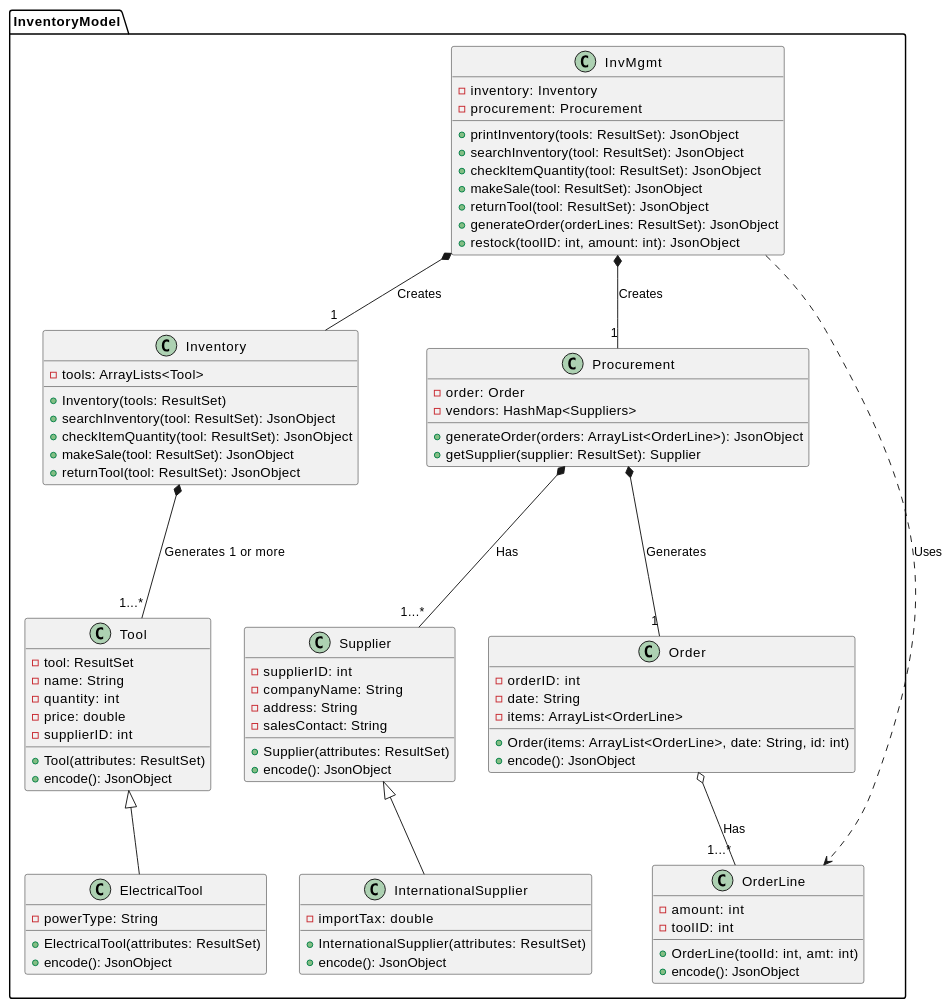
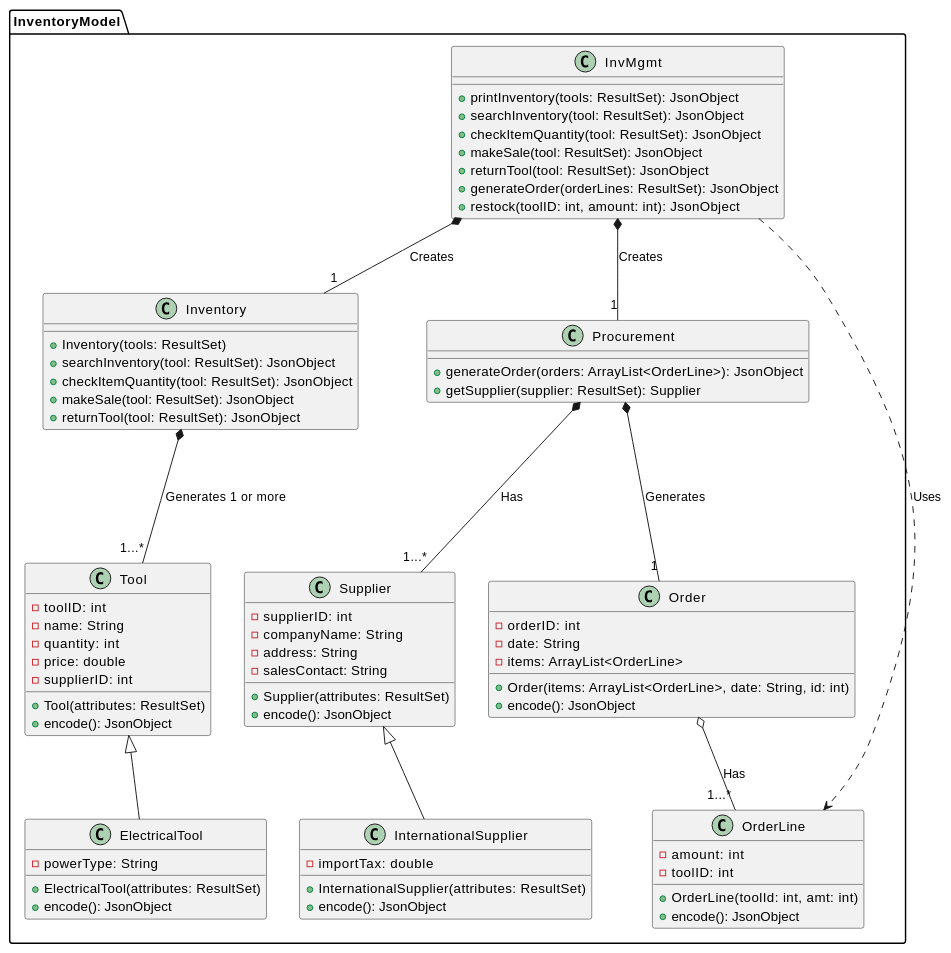
Before and after one commit to mklasby/MVC-Distributed-Inventory-Management: the diagram in UML Models/InventoryModel.md, drawn with PlantUML. The commit also changed 1 other file, not shown here.

Commit message:
updated w/ notes

```diff
--- a/UML Models/InventoryModel.md
+++ b/UML Models/InventoryModel.md
@@ -2,8 +2,6 @@
 
 package InventoryModel{
 class InvMgmt{
-    -inventory: Inventory
-    -procurement: Procurement
     +printInventory(tools: ResultSet): JsonObject
     +searchInventory(tool: ResultSet): JsonObject
     +checkItemQuantity(tool: ResultSet): JsonObject
@@ -14,7 +12,6 @@
 }
 
 class Inventory{
-    -tools: ArrayLists<Tool>
     +Inventory(tools: ResultSet)
     +searchInventory(tool: ResultSet): JsonObject
     +checkItemQuantity(tool: ResultSet): JsonObject
@@ -23,7 +20,7 @@
 }
 
 class Tool{
-    -tool: ResultSet
+    -toolID: int
     -name: String
     -quantity: int
     -price: double
@@ -41,8 +38,6 @@
 }
 
 class Procurement {
-    -order: Order
-    -vendors: HashMap<Suppliers>
     +generateOrder(orders: ArrayList<OrderLine>): JsonObject
     +getSupplier(supplier: ResultSet): Supplier
 }
```
